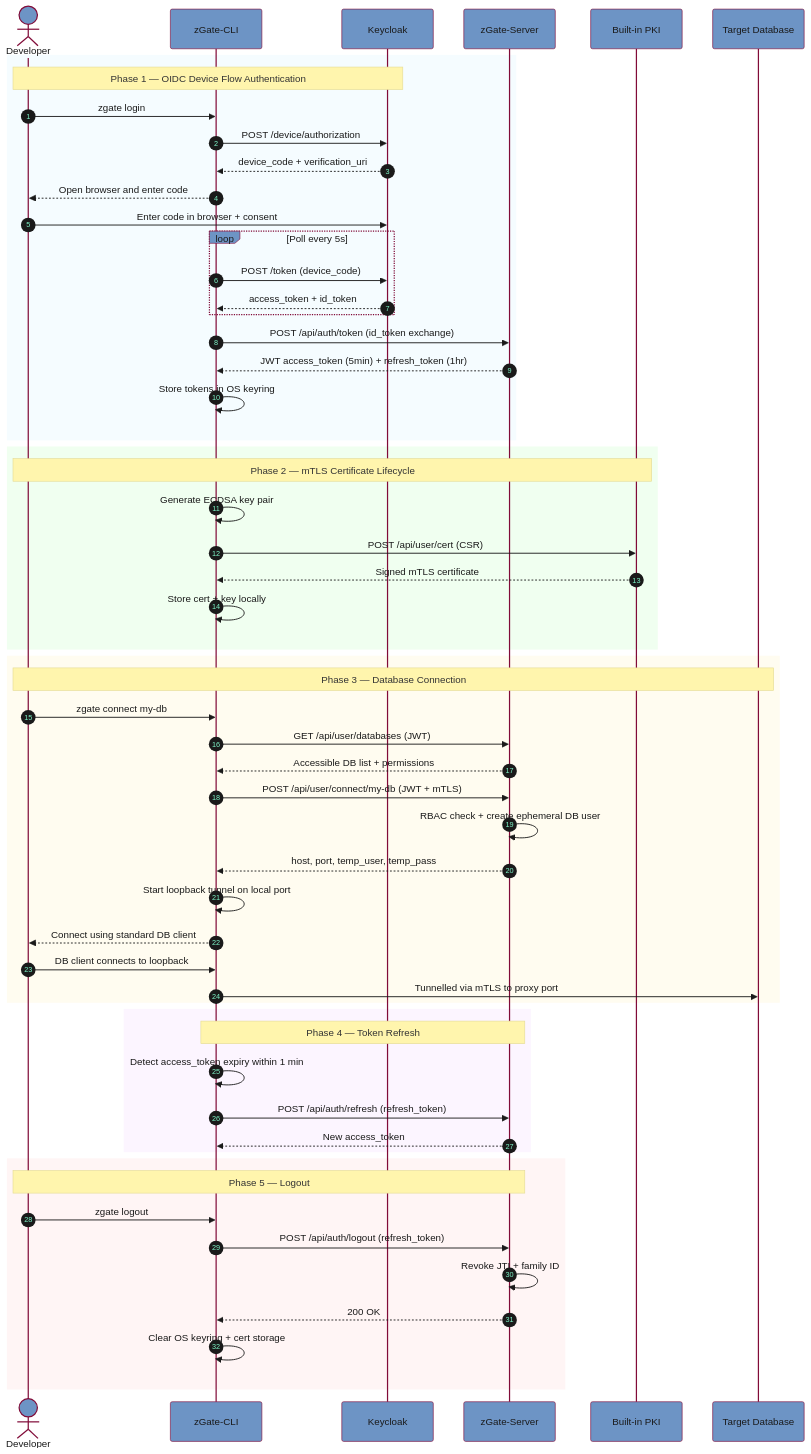
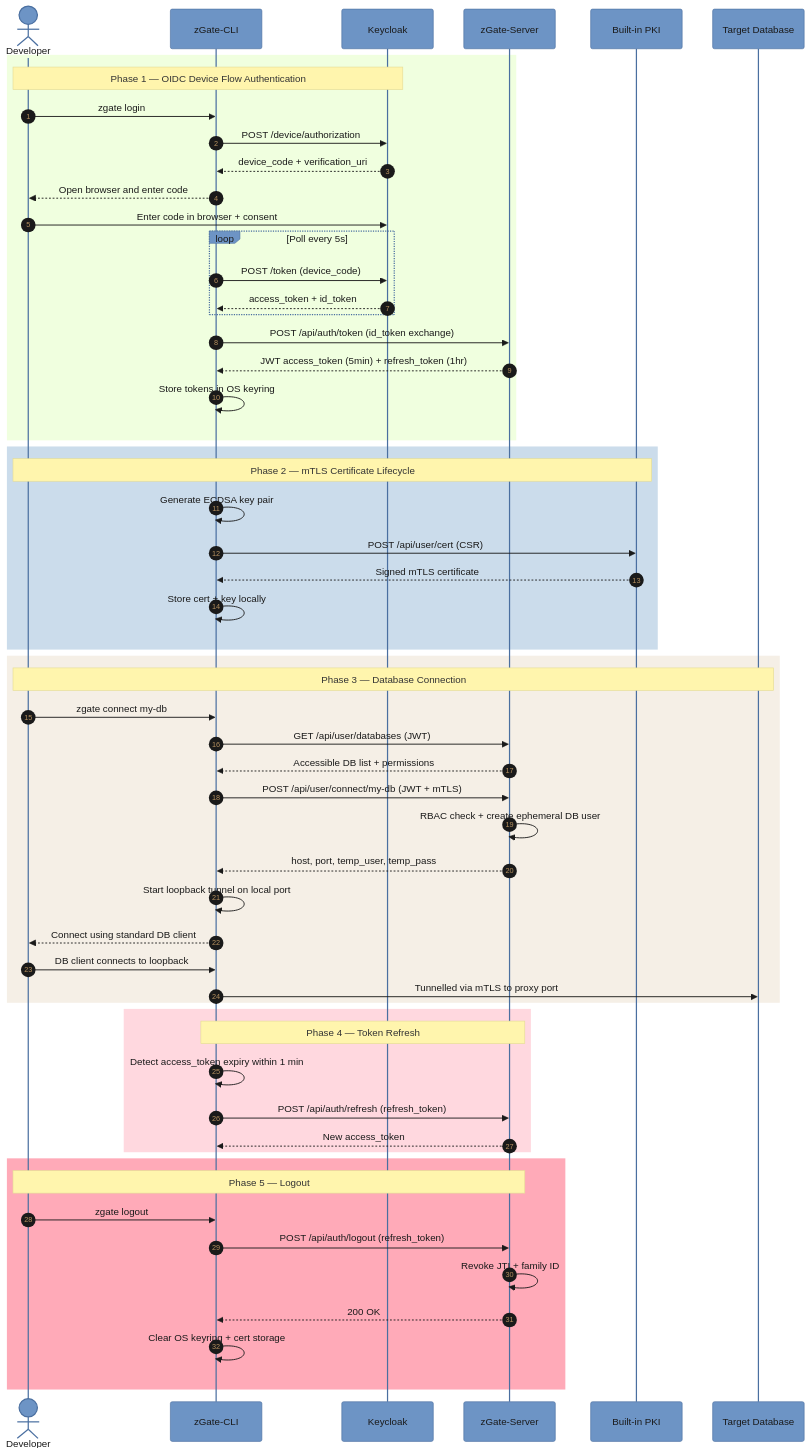
Before and after one commit to lll-michael-lll/Graduation-Project-Documentation: the diagram in diagrams/fig5_3_cli.mmd, drawn with Mermaid. The commit also changed 20 other files, not shown here.

First line of the commit message:
feat(docs): update diagram palettes, shrink figs 5.3+5.5, concise captions, fix TOC/LOF/LOT

```diff
--- a/diagrams/fig5_3_cli.mmd
+++ b/diagrams/fig5_3_cli.mmd
@@ -1,73 +1,73 @@
 %%{init: {
   "theme": "base",
   "themeVariables": {
     "primaryColor": "#6D94C5",
     "primaryTextColor": "#1a1a1a",
-    "primaryBorderColor": "#810B38",
-    "lineColor": "#810B38",
+    "primaryBorderColor": "#4a6fa0",
+    "lineColor": "#4a6fa0",
     "fontFamily": "Liberation Sans, Arial, sans-serif",
     "fontSize": "13px"
   }
 }}%%
 sequenceDiagram
     autonumber
     actor Dev as Developer
     participant CLI as zGate-CLI
     participant KC as Keycloak
     participant GW as zGate-Server
     participant PKI as Built-in PKI
     participant DB as Target Database
 
-    rect rgb(245,252,255)
+    rect rgb(240,255,223)
         Note over Dev,KC: Phase 1 — OIDC Device Flow Authentication
         Dev->>CLI: zgate login
         CLI->>KC: POST /device/authorization
         KC-->>CLI: device_code + verification_uri
         CLI-->>Dev: Open browser and enter code
         Dev->>KC: Enter code in browser + consent
         loop Poll every 5s
             CLI->>KC: POST /token (device_code)
             KC-->>CLI: access_token + id_token
         end
         CLI->>GW: POST /api/auth/token (id_token exchange)
         GW-->>CLI: JWT access_token (5min) + refresh_token (1hr)
         CLI->>CLI: Store tokens in OS keyring
     end
 
-    rect rgb(240,255,240)
+    rect rgb(203,220,235)
         Note over Dev,PKI: Phase 2 — mTLS Certificate Lifecycle
         CLI->>CLI: Generate ECDSA key pair
         CLI->>PKI: POST /api/user/cert (CSR)
         PKI-->>CLI: Signed mTLS certificate
         CLI->>CLI: Store cert + key locally
     end
 
-    rect rgb(255,252,240)
+    rect rgb(245,239,230)
         Note over Dev,DB: Phase 3 — Database Connection
         Dev->>CLI: zgate connect my-db
         CLI->>GW: GET /api/user/databases (JWT)
         GW-->>CLI: Accessible DB list + permissions
         CLI->>GW: POST /api/user/connect/my-db (JWT + mTLS)
         GW->>GW: RBAC check + create ephemeral DB user
         GW-->>CLI: host, port, temp_user, temp_pass
         CLI->>CLI: Start loopback tunnel on local port
         CLI-->>Dev: Connect using standard DB client
         Dev->>CLI: DB client connects to loopback
         CLI->>DB: Tunnelled via mTLS to proxy port
     end
 
-    rect rgb(252,245,255)
+    rect rgb(255,216,223)
         Note over CLI,GW: Phase 4 — Token Refresh
         CLI->>CLI: Detect access_token expiry within 1 min
         CLI->>GW: POST /api/auth/refresh (refresh_token)
         GW-->>CLI: New access_token
     end
 
-    rect rgb(255,245,245)
+    rect rgb(255,170,184)
         Note over Dev,GW: Phase 5 — Logout
         Dev->>CLI: zgate logout
         CLI->>GW: POST /api/auth/logout (refresh_token)
         GW->>GW: Revoke JTI + family ID
         GW-->>CLI: 200 OK
         CLI->>CLI: Clear OS keyring + cert storage
     end
```
